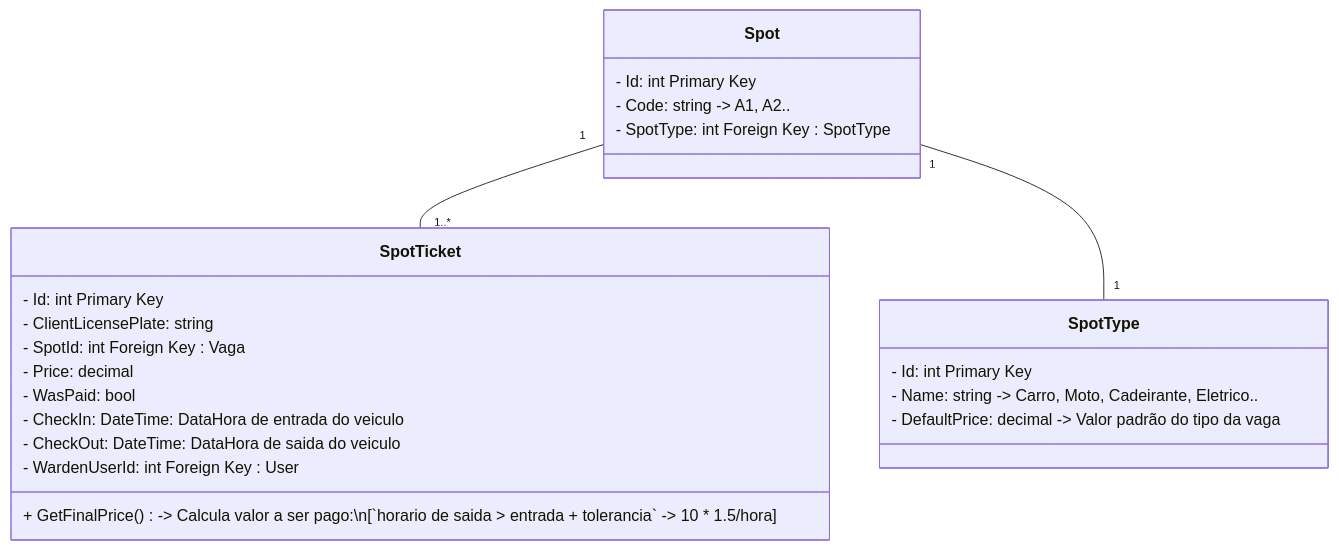
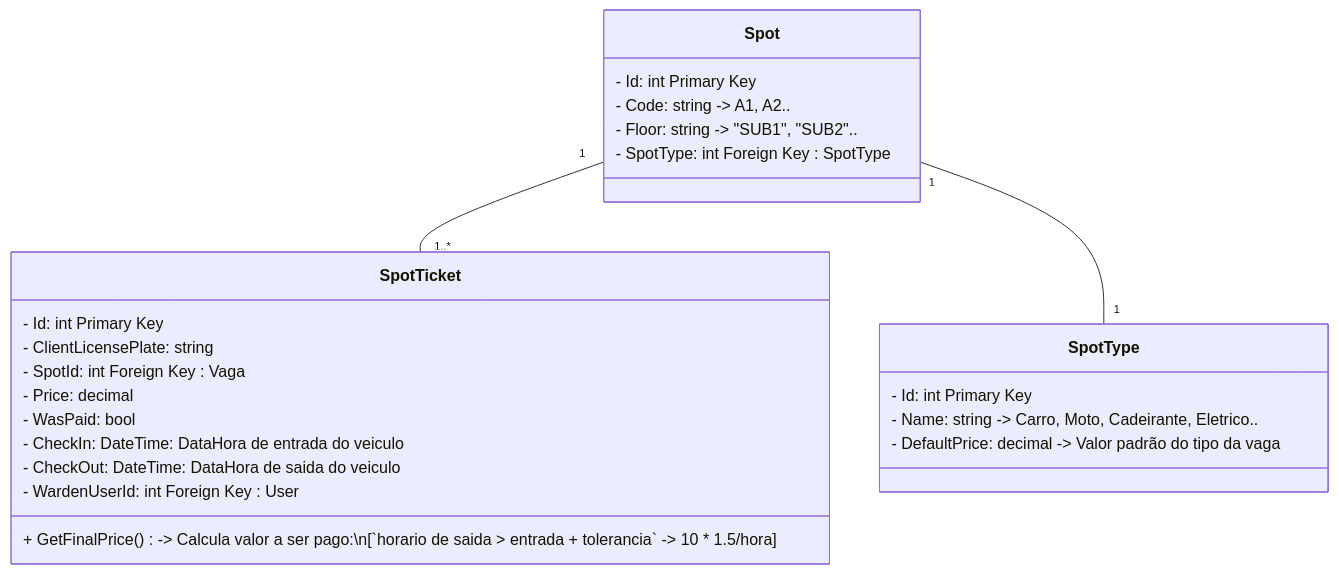
The diagram in README.md (joaozenaro/park-hub), drawn with Mermaid before and after one commit.

Commit message:
Update README.md - Floor prop

````diff
--- a/README.md
+++ b/README.md
@@ -231,31 +231,32 @@
 ```mermaid
 classDiagram
     direction TB
     Spot "1" -- "1..*" SpotTicket
     Spot "1" -- "1" SpotType
 
     class Spot {
         - Id: int Primary Key
         - Code: string -> A1, A2..
+        - Floor: string -> "SUB1", "SUB2"..
         - SpotType: int Foreign Key : SpotType
     }
 
     class SpotType {
         - Id: int Primary Key
         - Name: string -> Carro, Moto, Cadeirante, Eletrico..
         - DefaultPrice: decimal -> Valor padrão do tipo da vaga
     }
 
     class SpotTicket {
         - Id: int Primary Key
         - ClientLicensePlate: string
         - SpotId: int Foreign Key : Vaga  
         - Price: decimal
         - WasPaid: bool
         - CheckIn: DateTime: DataHora de entrada do veiculo
         - CheckOut: DateTime: DataHora de saida do veiculo
         - WardenUserId: int Foreign Key : User
         + GetFinalPrice() -> Calcula valor a ser pago:\n[`horario de saida > entrada + tolerancia` -> 10 * 1.5/hora]
     }
 
 ```
````
